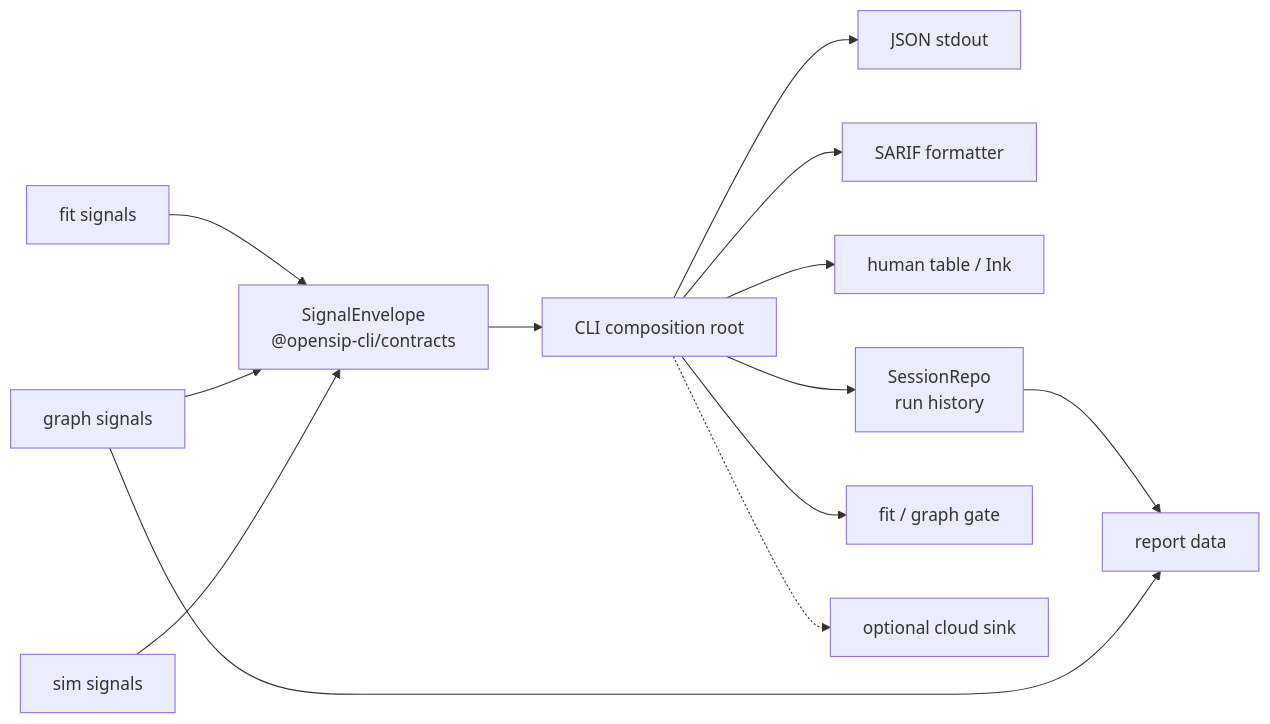
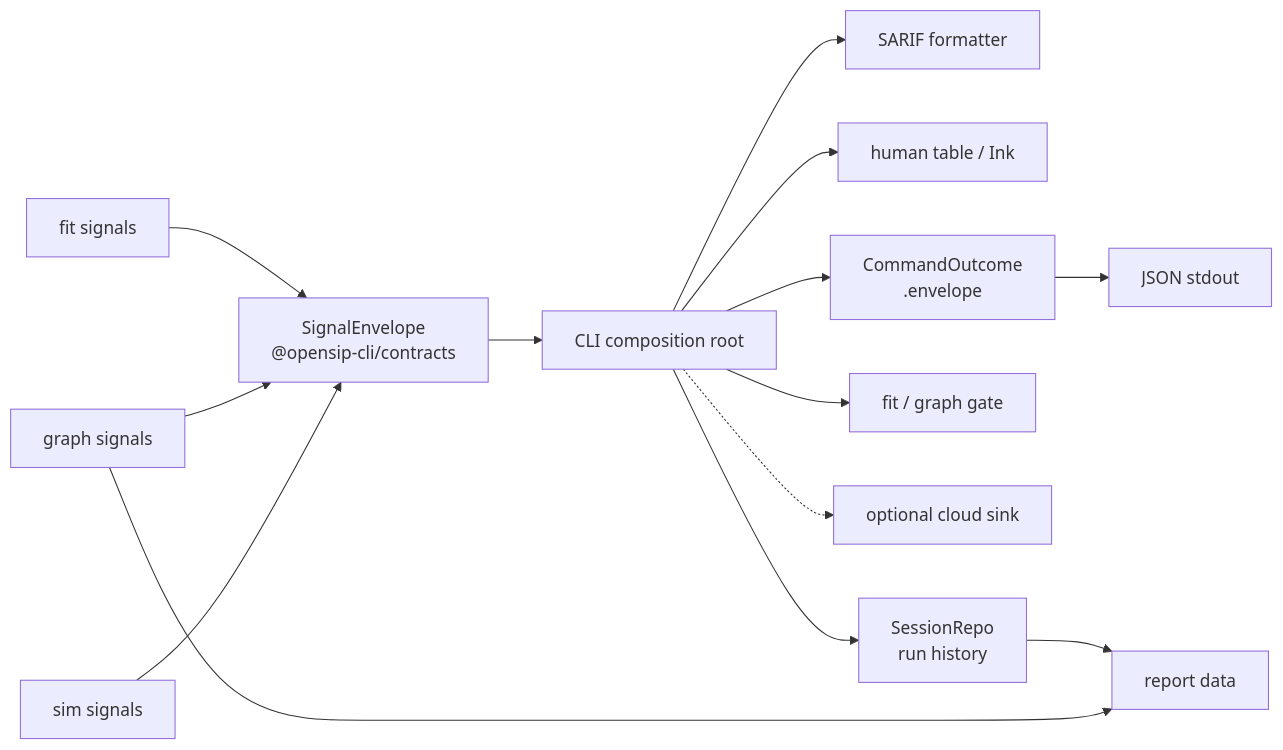
One commit to opensip-ai/opensip-cli changed the diagram in docs/public/10-concepts/04-contract-surfaces.md. Above: the diagram before and after it, drawn with Mermaid. The commit also changed other lines of this file and 172 other files, not shown here.

````diff
--- a/docs/public/10-concepts/04-contract-surfaces.md
+++ b/docs/public/10-concepts/04-contract-surfaces.md
@@ -136,28 +143,29 @@
 ```mermaid
 flowchart LR
   Fit["fit signals"]
   Graph["graph signals"]
   Sim["sim signals"]
   Envelope["SignalEnvelope<br/>@opensip-cli/contracts"]
   Root["CLI composition root"]
   Json["JSON stdout"]
   Sarif["SARIF formatter"]
   Table["human table / Ink"]
   Session["SessionRepo<br/>run history"]
   Gate["fit / graph gate"]
   Cloud["optional cloud sink"]
   Dashboard["report data"]
 
   Fit --> Envelope
   Graph --> Envelope
   Sim --> Envelope
   Envelope --> Root
-  Root --> Json
+  Root --> Outcome["CommandOutcome<br/>.envelope"]
+  Outcome --> Json
   Root --> Sarif
   Root --> Table
   Root --> Session
   Root --> Gate
   Root -.-> Cloud
   Session --> Dashboard
   Graph --> Dashboard
 ```
````
